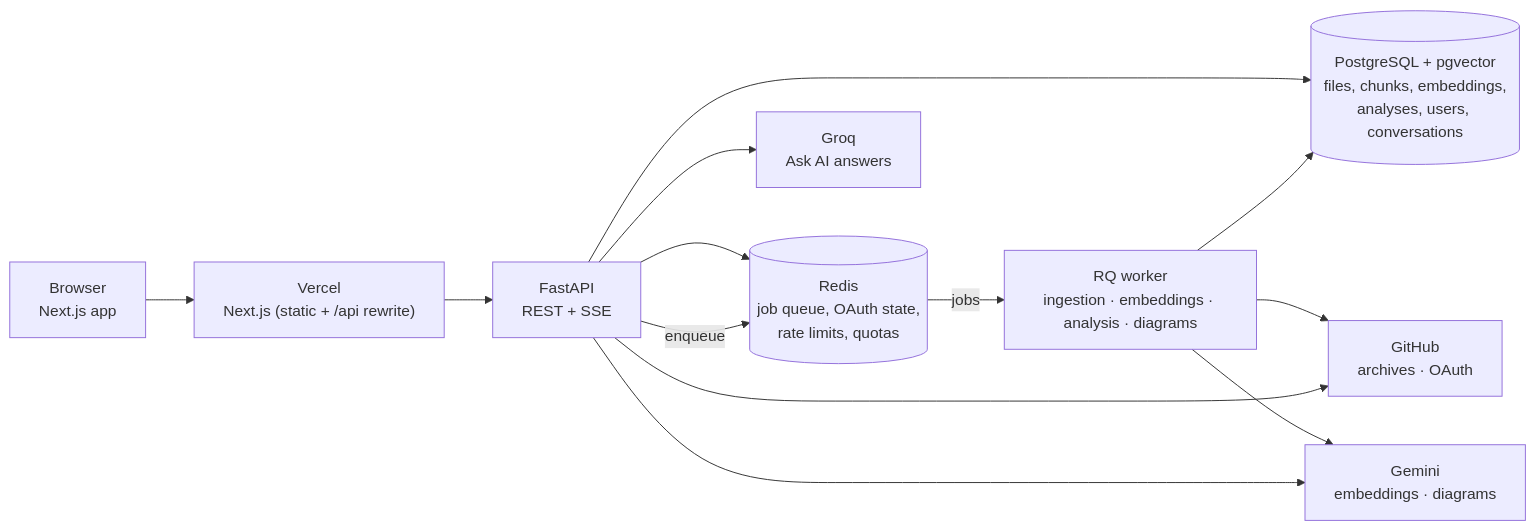
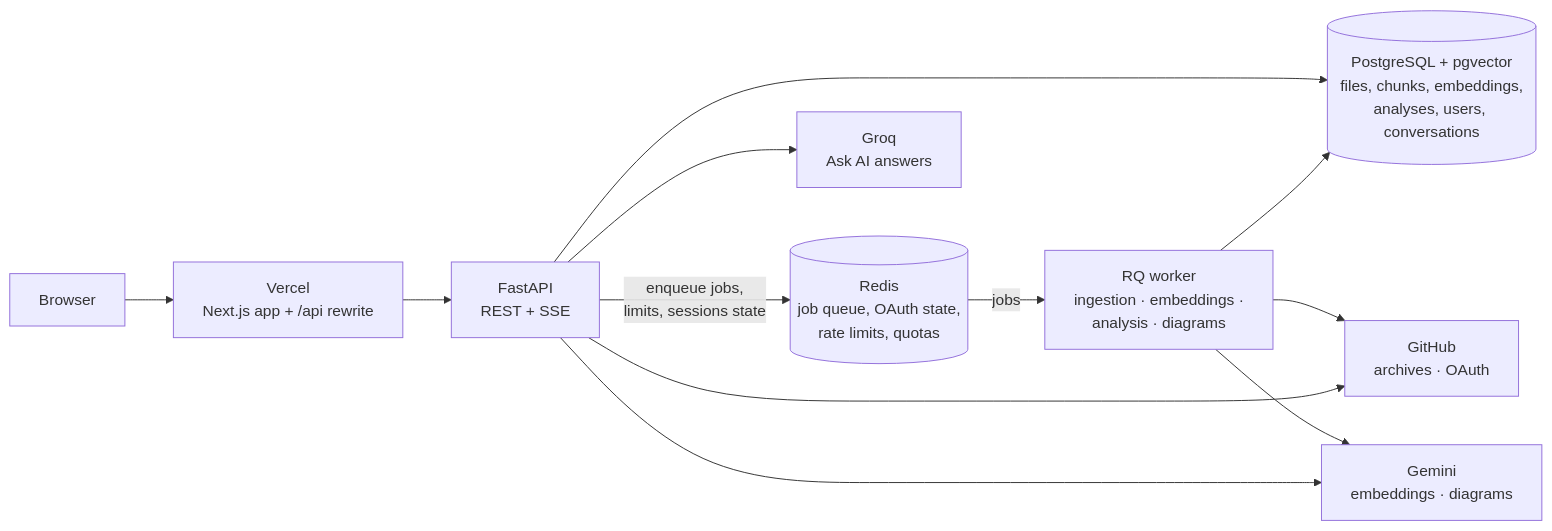
One commit to rejankarki1/repoLens changed the diagram in README.md. Above: the diagram before and after it, drawn with Mermaid. The commit also changed other lines of this file and 5 other files, not shown here.

````diff
--- a/README.md
+++ b/README.md
@@ -45,23 +39,24 @@
 ```mermaid
 flowchart LR
-  Browser["Browser<br/>Next.js app"]
-  Web["Vercel<br/>Next.js (static + /api rewrite)"]
+  Browser["Browser"]
+  Web["Vercel<br/>Next.js app + /api rewrite"]
   API["FastAPI<br/>REST + SSE"]
-  Worker["RQ worker<br/>ingestion · embeddings · analysis · diagrams"]
+  Redis[("Redis<br/>job queue, OAuth state,<br/>rate limits, quotas")]
+  Worker["RQ worker<br/>ingestion · embeddings ·<br/>analysis · diagrams"]
   PG[("PostgreSQL + pgvector<br/>files, chunks, embeddings,<br/>analyses, users, conversations")]
-  Redis[("Redis<br/>job queue, OAuth state,<br/>rate limits, quotas")]
   GitHub["GitHub<br/>archives · OAuth"]
   Gemini["Gemini<br/>embeddings · diagrams"]
   Groq["Groq<br/>Ask AI answers"]
 
-  Browser --> Web --> API
+  Browser --> Web
+  Web --> API
   API --> PG
-  API --> Redis
-  API -- enqueue --> Redis -- jobs --> Worker
+  API -- "enqueue jobs,<br/>limits, sessions state" --> Redis
+  Redis -- "jobs" --> Worker
   Worker --> PG
   Worker --> GitHub
+  Worker --> Gemini
   API --> GitHub
-  Worker --> Gemini
   API --> Gemini
   API --> Groq
 ```
````
